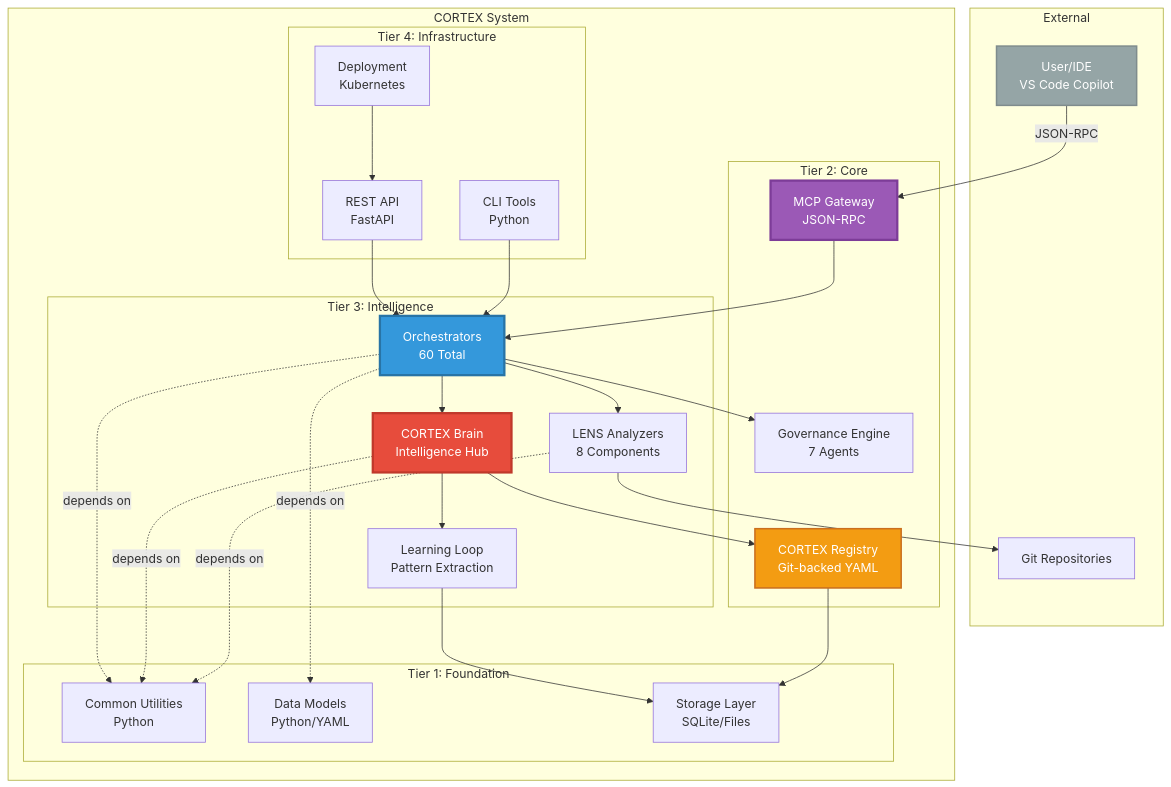
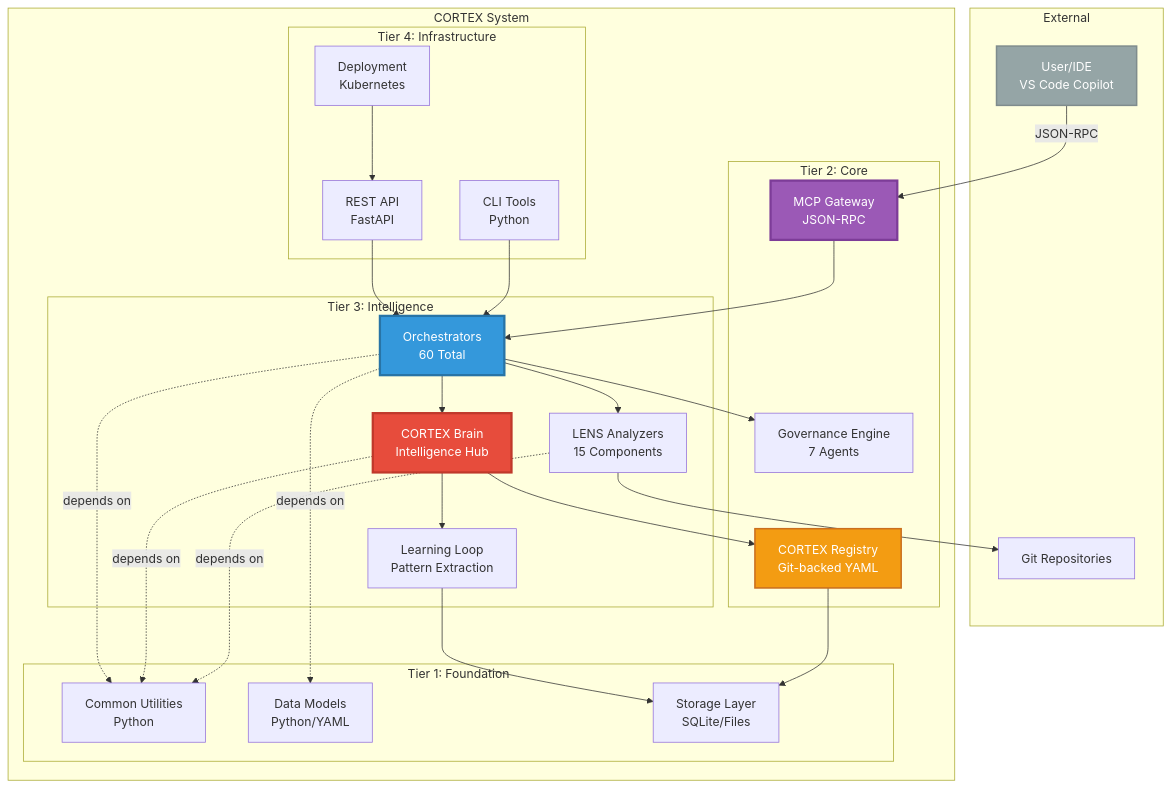
Before and after one commit to asifhussain60/CORTEX: the diagram in cortex-docs/assets/diagrams/c4-container/c4-container-full-system.mmd, drawn with Mermaid. The commit also changed 22 other files, not shown here.

````diff
--- a/cortex-docs/assets/diagrams/c4-container/c4-container-full-system.mmd
+++ b/cortex-docs/assets/diagrams/c4-container/c4-container-full-system.mmd
@@ -17,59 +17,59 @@
 ```mermaid
 graph TB
     subgraph "External"
         User[User/IDE<br/>VS Code Copilot]
         Git[Git Repositories]
     end
     
     subgraph "CORTEX System"
         subgraph "Tier 1: Foundation"
             Common[Common Utilities<br/>Python]
             Models[Data Models<br/>Python/YAML]
             Storage[Storage Layer<br/>SQLite/Files]
         end
         
         subgraph "Tier 2: Core"
             MCP[MCP Gateway<br/>JSON-RPC]
             Registry[CORTEX Registry<br/>Git-backed YAML]
             Gov[Governance Engine<br/>7 Agents]
         end
         
         subgraph "Tier 3: Intelligence"
             Brain[CORTEX Brain<br/>Intelligence Hub]
-            Lens[LENS Analyzers<br/>8 Components]
+            Lens[LENS Analyzers<br/>15 Components]
             Orch[Orchestrators<br/>60 Total]
             Learning[Learning Loop<br/>Pattern Extraction]
         end
         
         subgraph "Tier 4: Infrastructure"
             API[REST API<br/>FastAPI]
             CLI[CLI Tools<br/>Python]
             Deploy[Deployment<br/>Kubernetes]
         end
     end
     
     User -->|JSON-RPC| MCP
     MCP --> Orch
     Orch --> Brain
     Orch --> Lens
     Orch --> Gov
     Brain --> Registry
     Brain --> Learning
     Lens --> Git
     Learning --> Storage
     Registry --> Storage
     API --> Orch
     CLI --> Orch
     Deploy --> API
     
     Orch -.depends on.-> Common
     Orch -.depends on.-> Models
     Brain -.depends on.-> Common
     Lens -.depends on.-> Common
     
     style User fill:#95A5A6,stroke:#7F8C8D,stroke-width:2px,color:#fff
     style MCP fill:#9B59B6,stroke:#7D3C98,stroke-width:3px,color:#fff
     style Brain fill:#E74C3C,stroke:#C0392B,stroke-width:3px,color:#fff
     style Orch fill:#3498DB,stroke:#2874A6,stroke-width:3px,color:#fff
     style Registry fill:#F39C12,stroke:#CA6F1E,stroke-width:2px,color:#fff
 ```
````
